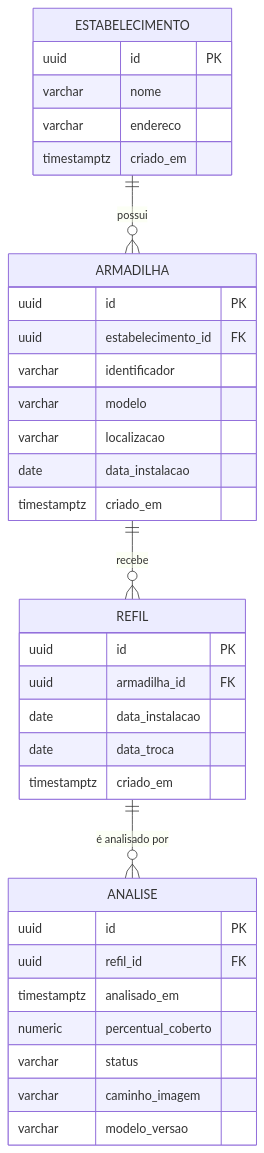
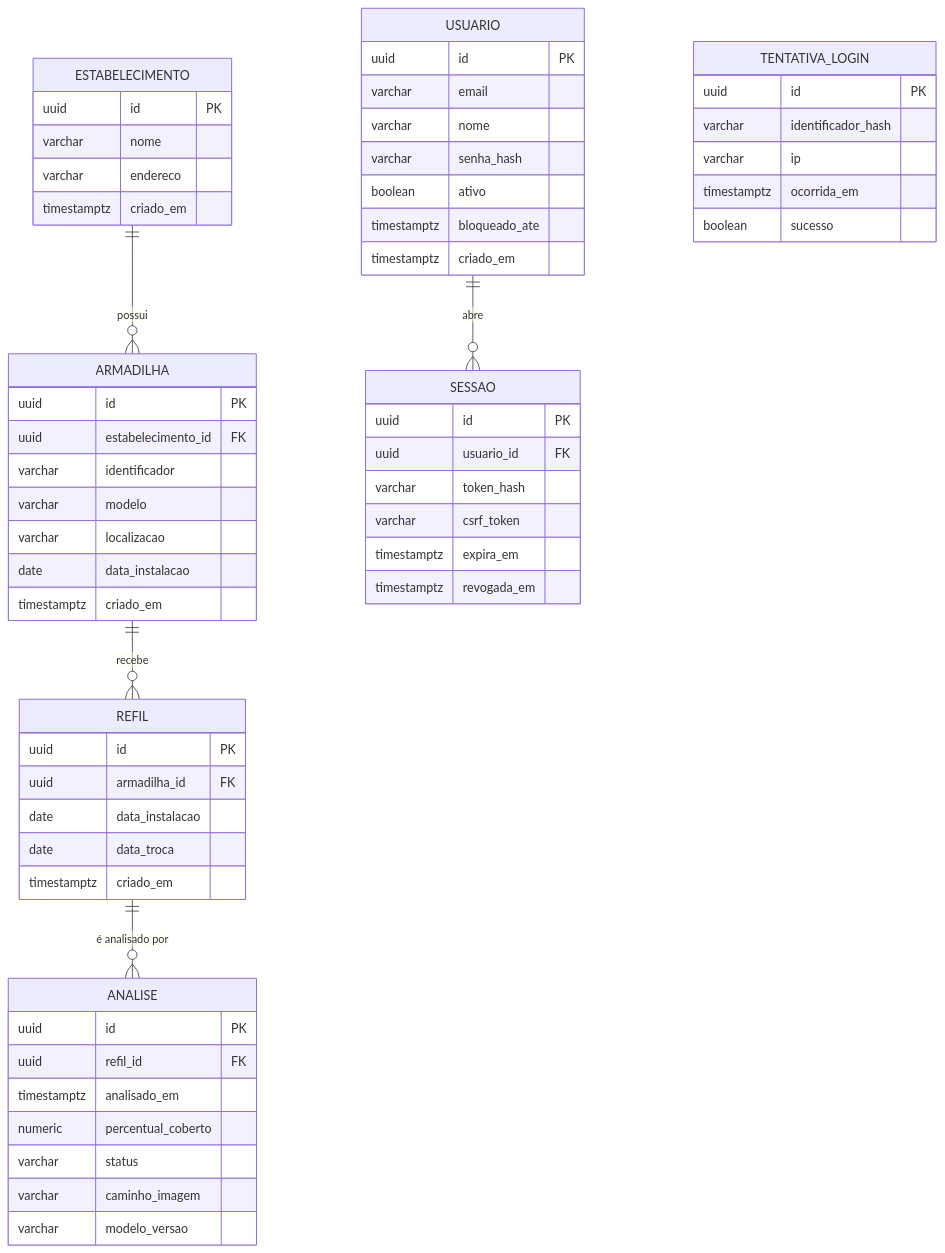
The diagram in .context/plan/data/data_model.md (plfrancisco/trapsight-pi3), drawn with Mermaid before and after one commit. The commit also changed other lines of this file and 41 other files, not shown here.

````diff
--- a/.context/plan/data/data_model.md
+++ b/.context/plan/data/data_model.md
@@ -78,41 +81,69 @@
 ```mermaid
 erDiagram
     ESTABELECIMENTO ||--o{ ARMADILHA : "possui"
     ARMADILHA ||--o{ REFIL : "recebe"
     REFIL ||--o{ ANALISE : "é analisado por"
+    USUARIO ||--o{ SESSAO : "abre"
 
     ESTABELECIMENTO {
         uuid id PK
         varchar nome
         varchar endereco
         timestamptz criado_em
     }
 
     ARMADILHA {
         uuid id PK
         uuid estabelecimento_id FK
         varchar identificador
         varchar modelo
         varchar localizacao
         date data_instalacao
         timestamptz criado_em
     }
 
     REFIL {
         uuid id PK
         uuid armadilha_id FK
         date data_instalacao
         date data_troca
         timestamptz criado_em
     }
 
     ANALISE {
         uuid id PK
         uuid refil_id FK
         timestamptz analisado_em
         numeric percentual_coberto
         varchar status
         varchar caminho_imagem
         varchar modelo_versao
     }
+
+    USUARIO {
+        uuid id PK
+        varchar email
+        varchar nome
+        varchar senha_hash
+        boolean ativo
+        timestamptz bloqueado_ate
+        timestamptz criado_em
+    }
+
+    SESSAO {
+        uuid id PK
+        uuid usuario_id FK
+        varchar token_hash
+        varchar csrf_token
+        timestamptz expira_em
+        timestamptz revogada_em
+    }
+
+    TENTATIVA_LOGIN {
+        uuid id PK
+        varchar identificador_hash
+        varchar ip
+        timestamptz ocorrida_em
+        boolean sucesso
+    }
 ```
````
